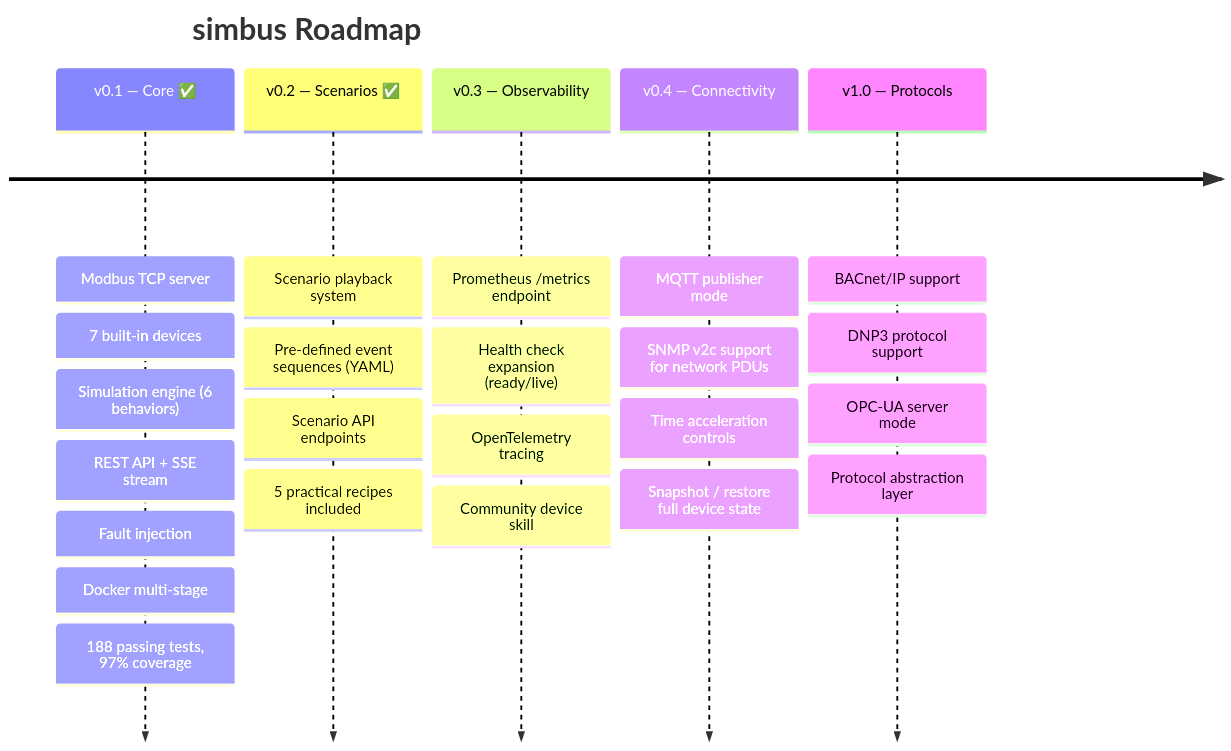
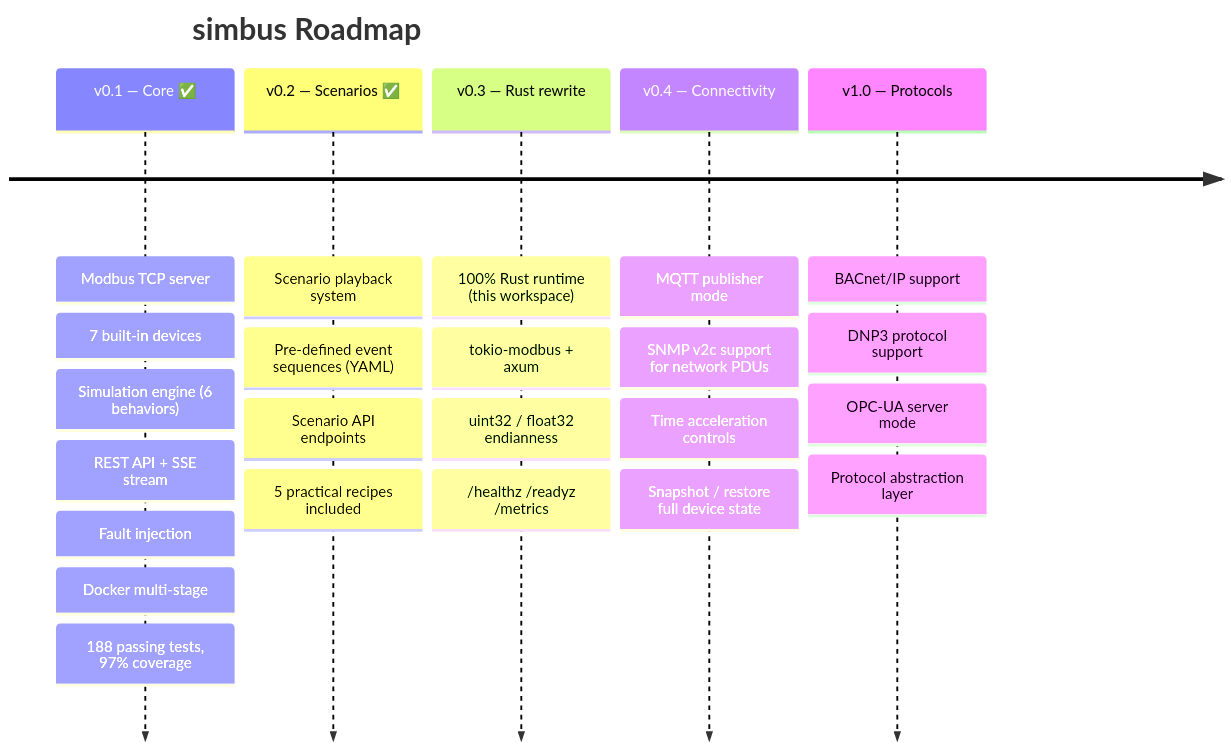
The sixth of 6 diagrams in README.md (obsidia-systems/simbus), drawn with Mermaid before and after one commit. The commit also changed other lines of this file and 17 other files, not shown here.

First line of the commit message:
Refactor simbus project to Rust and enhance device simulation capabilities

````diff
--- a/README.md
+++ b/README.md
@@ -801,27 +750,27 @@
 ```mermaid
 timeline
     title simbus Roadmap
     v0.1 — Core ✅ : Modbus TCP server
                     : 7 built-in devices
                     : Simulation engine (6 behaviors)
                     : REST API + SSE stream
                     : Fault injection
                     : Docker multi-stage
                     : 188 passing tests, 97% coverage
     v0.2 — Scenarios ✅ : Scenario playback system
                          : Pre-defined event sequences (YAML)
                          : Scenario API endpoints
                          : 5 practical recipes included
-    v0.3 — Observability : Prometheus /metrics endpoint
-                          : Health check expansion (ready/live)
-                          : OpenTelemetry tracing
-                          : Community device skill
+    v0.3 — Rust rewrite : 100% Rust runtime (this workspace)
+                         : tokio-modbus + axum
+                         : uint32 / float32 endianness
+                         : /healthz /readyz /metrics
     v0.4 — Connectivity : MQTT publisher mode
                          : SNMP v2c support for network PDUs
                          : Time acceleration controls
                          : Snapshot / restore full device state
     v1.0 — Protocols : BACnet/IP support
                      : DNP3 protocol support
                      : OPC-UA server mode
                      : Protocol abstraction layer
 ```
````
